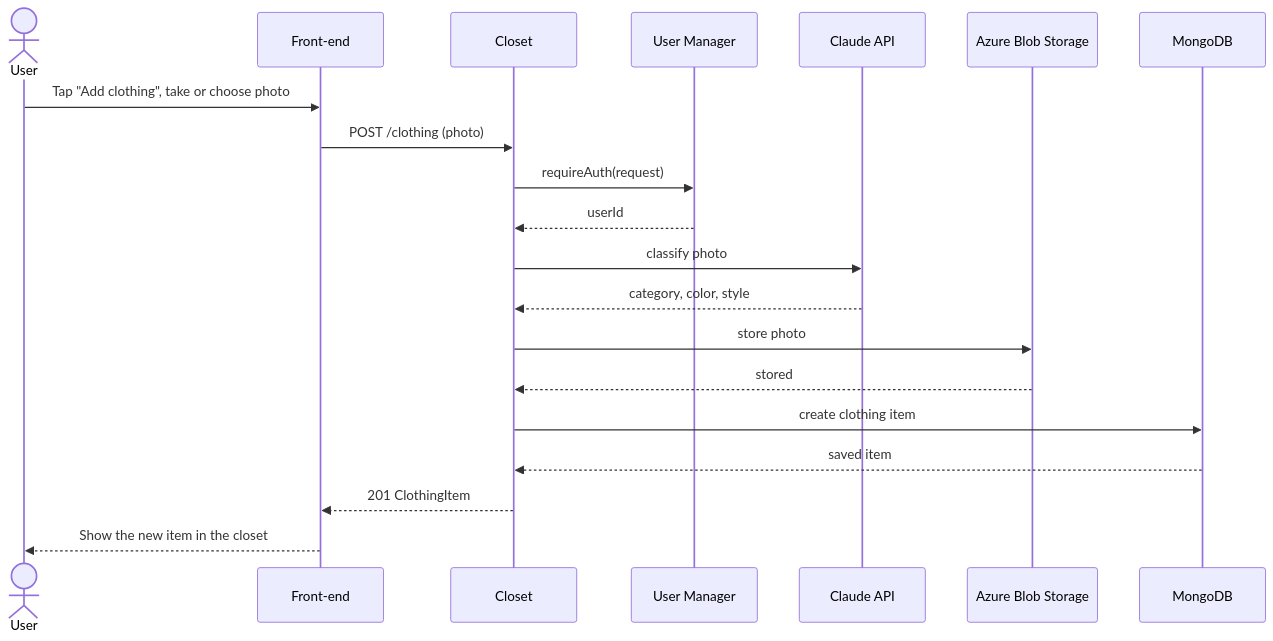
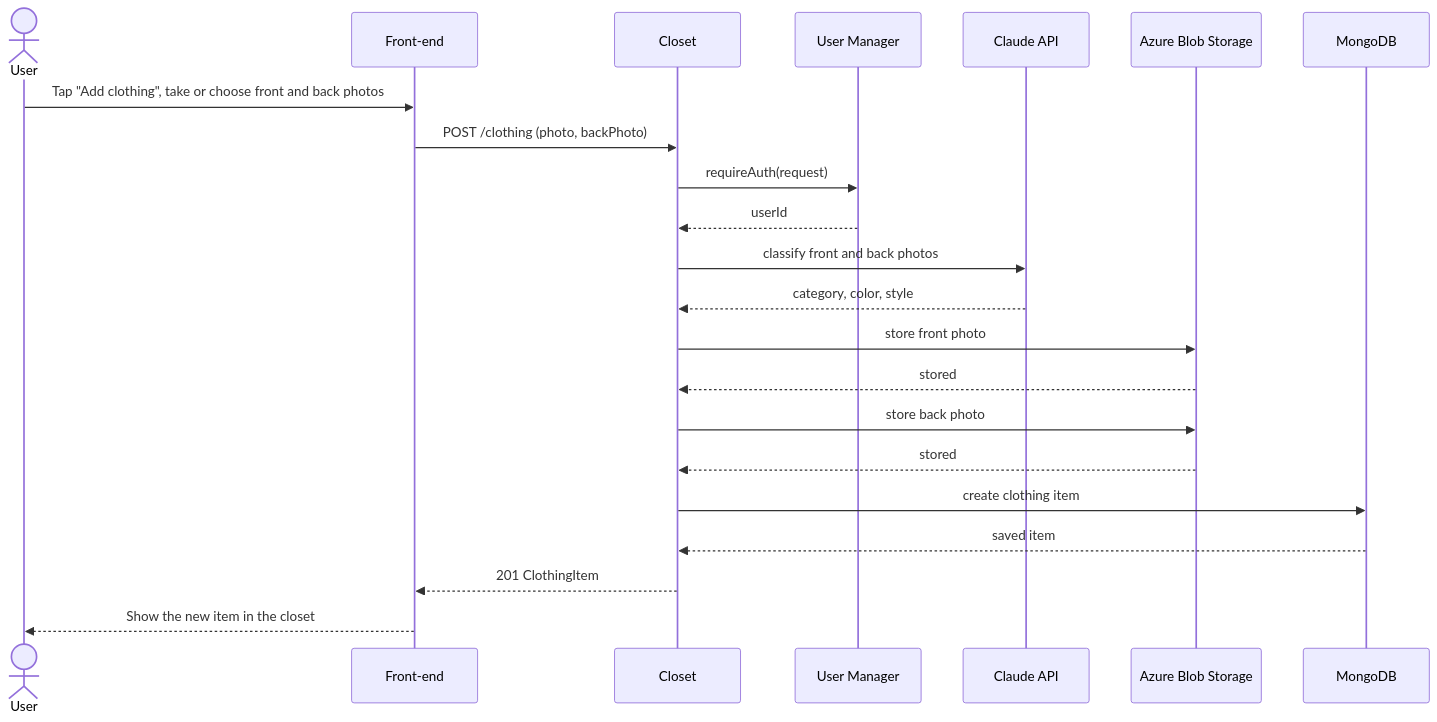
The first of 5 diagrams in documentation/Requirements_and_Design.md (evannawfal/fabricate), drawn with Mermaid before and after one commit. The commit also changed other lines of this file and 5 other files, not shown here.

````diff
--- a/documentation/Requirements_and_Design.md
+++ b/documentation/Requirements_and_Design.md
@@ -373,23 +376,25 @@
 ```mermaid
 sequenceDiagram
     actor U as User
     participant FE as Front-end
     participant CL as Closet
     participant US as User Manager
     participant CA as Claude API
     participant AZ as Azure Blob Storage
     participant DB as MongoDB
 
-    U->>FE: Tap "Add clothing", take or choose photo
-    FE->>CL: POST /clothing (photo)
+    U->>FE: Tap "Add clothing", take or choose front and back photos
+    FE->>CL: POST /clothing (photo, backPhoto)
     CL->>US: requireAuth(request)
     US-->>CL: userId
-    CL->>CA: classify photo
+    CL->>CA: classify front and back photos
     CA-->>CL: category, color, style
-    CL->>AZ: store photo
+    CL->>AZ: store front photo
+    AZ-->>CL: stored
+    CL->>AZ: store back photo
     AZ-->>CL: stored
     CL->>DB: create clothing item
     DB-->>CL: saved item
     CL-->>FE: 201 ClothingItem
     FE-->>U: Show the new item in the closet
 ```
````
